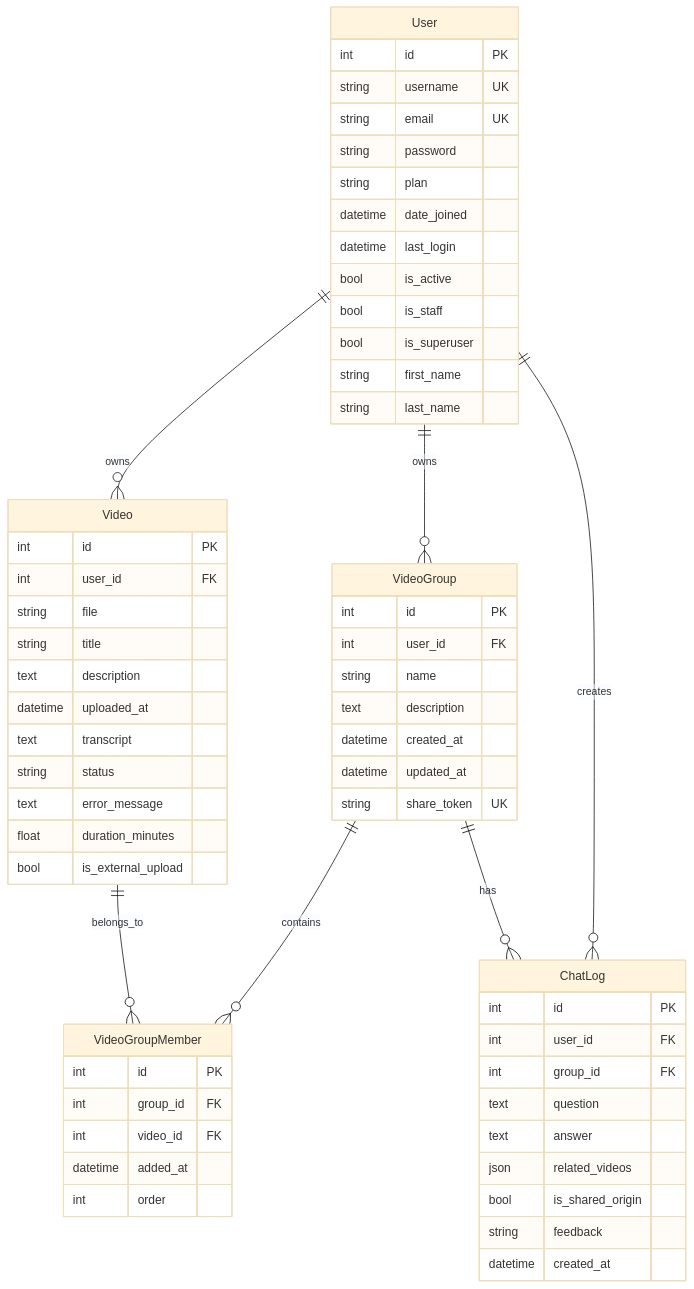
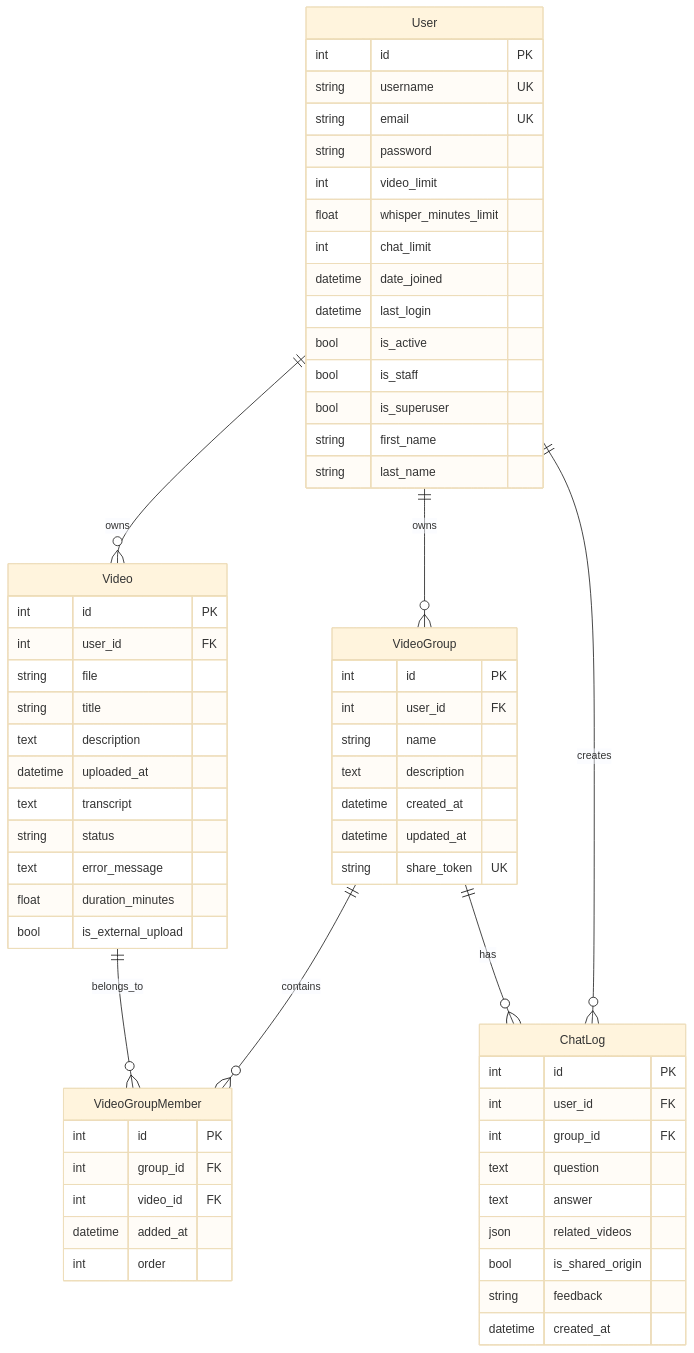
Before and after one commit to yukiharada1228/videoq: the diagram in docs/database/er-diagram.md, drawn with Mermaid (base theme). The commit also changed other lines of this file and 3 other files, not shown here.

````diff
--- a/docs/database/er-diagram.md
+++ b/docs/database/er-diagram.md
@@ -9,68 +9,70 @@
 ```mermaid
 erDiagram
     User ||--o{ Video : owns
     User ||--o{ VideoGroup : owns
     User ||--o{ ChatLog : creates
     VideoGroup ||--o{ VideoGroupMember : contains
     Video ||--o{ VideoGroupMember : belongs_to
     VideoGroup ||--o{ ChatLog : has
     
     User {
         int id PK
         string username UK
         string email UK
         string password
-        string plan
+        int video_limit
+        float whisper_minutes_limit
+        int chat_limit
         datetime date_joined
         datetime last_login
         bool is_active
         bool is_staff
         bool is_superuser
         string first_name
         string last_name
     }
     
     Video {
         int id PK
         int user_id FK
         string file
         string title
         text description
         datetime uploaded_at
         text transcript
         string status
         text error_message
         float duration_minutes
         bool is_external_upload
     }
     
     VideoGroup {
         int id PK
         int user_id FK
         string name
         text description
         datetime created_at
         datetime updated_at
         string share_token UK
     }
     
     VideoGroupMember {
         int id PK
         int group_id FK
         int video_id FK
         datetime added_at
         int order
     }
     
     ChatLog {
         int id PK
         int user_id FK
         int group_id FK
         text question
         text answer
         json related_videos
         bool is_shared_origin
         string feedback
         datetime created_at
     }
 ```
````
